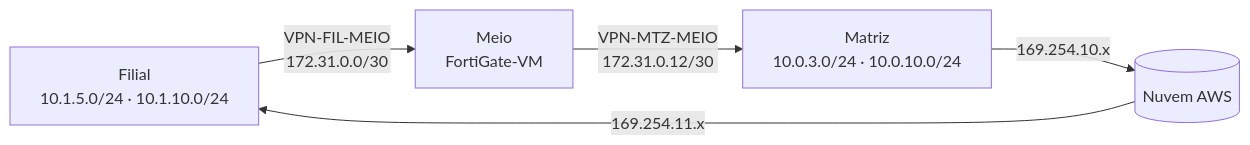
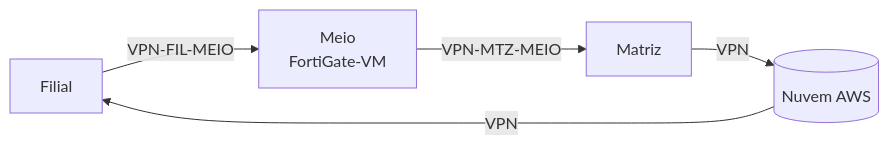
One commit to JullySzztiass/NeoxGate-CTI-REDES-DE-DADOS- changed the diagram in docs/07-vpn.md. Above: the diagram before and after it, drawn with Mermaid. The commit also changed other lines of this file and 7 other files, not shown here.

````diff
--- a/docs/07-vpn.md
+++ b/docs/07-vpn.md
@@ -9,7 +9,7 @@
 ```mermaid
 graph LR
-    FIL["Filial<br/>10.1.5.0/24 · 10.1.10.0/24"] -->|VPN-FIL-MEIO<br/>172.31.0.0/30| MEIO["Meio<br/>FortiGate-VM"]
-    MEIO -->|VPN-MTZ-MEIO<br/>172.31.0.12/30| MTZ["Matriz<br/>10.0.3.0/24 · 10.0.10.0/24"]
-    MTZ -->|169.254.10.x| NUV[("Nuvem AWS")]
-    NUV -->|169.254.11.x| FIL
+    FIL["Filial"] -->|VPN-FIL-MEIO| MEIO["Meio<br/>FortiGate-VM"]
+    MEIO -->|VPN-MTZ-MEIO| MTZ["Matriz"]
+    MTZ -->|VPN| NUV[("Nuvem AWS")]
+    NUV -->|VPN| FIL
 ```
````
